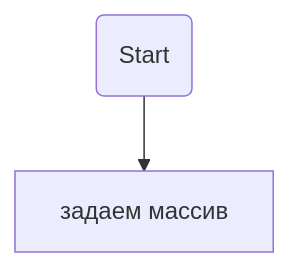
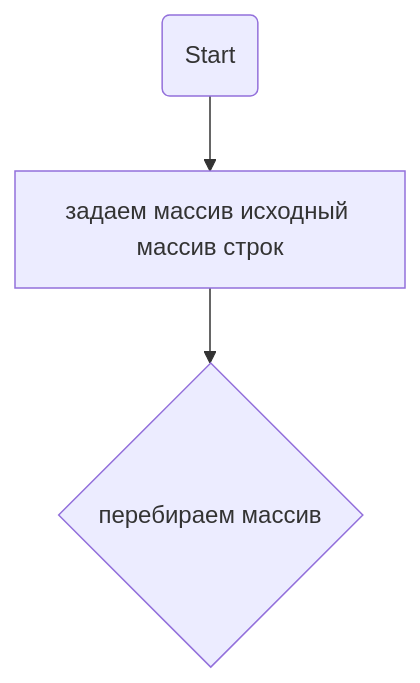
Before and after one commit to Adalberto777/FinalTestWork: the diagram in README.md, drawn with Mermaid.

Commit message:
block diagram

````diff
--- a/README.md
+++ b/README.md
@@ -14,4 +14,4 @@
 ```mermaid
   graph TB;       
-    node2(Start)  --> node1[задаем массив]
+    node2(Start)  --> node1[задаем массив исходный массив строк] --> node9{перебираем массив}
 ```
````
